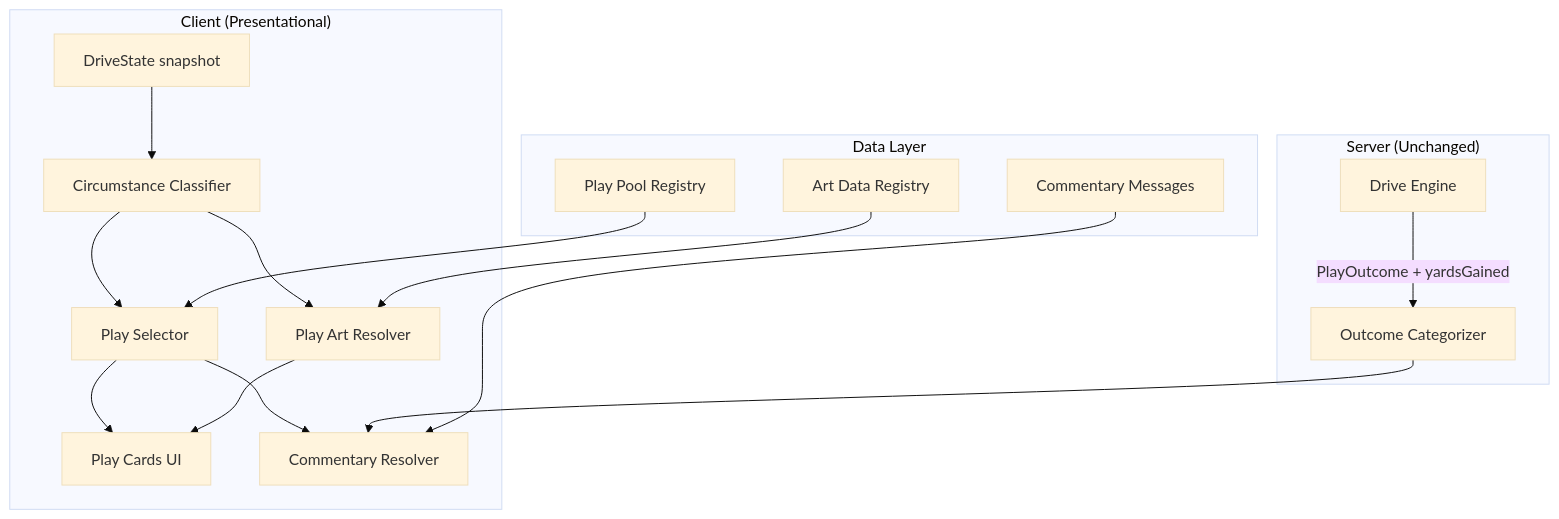
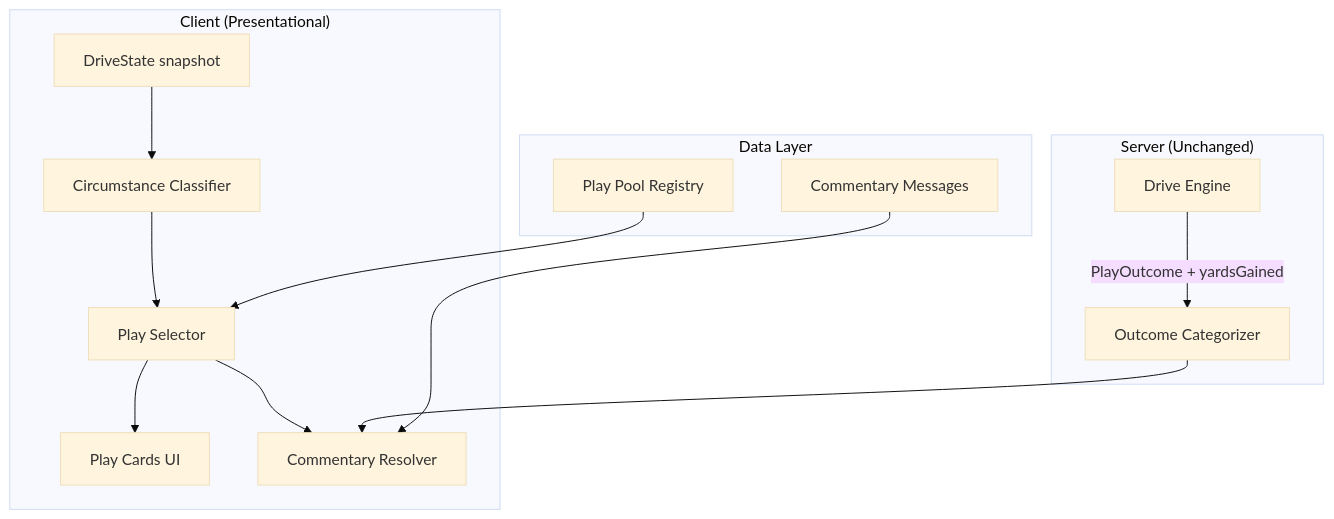
Before and after one commit to keepitsimplesteven/games-of-chance: the diagram in .kiro/specs/playcaller-dynamic-playbook/design.md, drawn with Mermaid (base theme). The commit also changed other lines of this file and 25 other files, not shown here.

````diff
--- a/.kiro/specs/playcaller-dynamic-playbook/design.md
+++ b/.kiro/specs/playcaller-dynamic-playbook/design.md
@@ -17,22 +17,19 @@
 ```mermaid
 graph TD
     subgraph "Client (Presentational)"
         DS[DriveState snapshot] --> CC[Circumstance Classifier]
         CC --> PS[Play Selector]
         PS --> PC[Play Cards UI]
         PS --> CR[Commentary Resolver]
-        CC --> PA[Play Art Resolver]
-        PA --> PC
     end
 
     subgraph "Server (Unchanged)"
         DE[Drive Engine] --> |PlayOutcome + yardsGained| OC[Outcome Categorizer]
         OC --> CR
     end
 
     subgraph "Data Layer"
         PP[Play Pool Registry] --> PS
         CM[Commentary Messages] --> CR
-        AD[Art Data Registry] --> PA
     end
 ```
````
